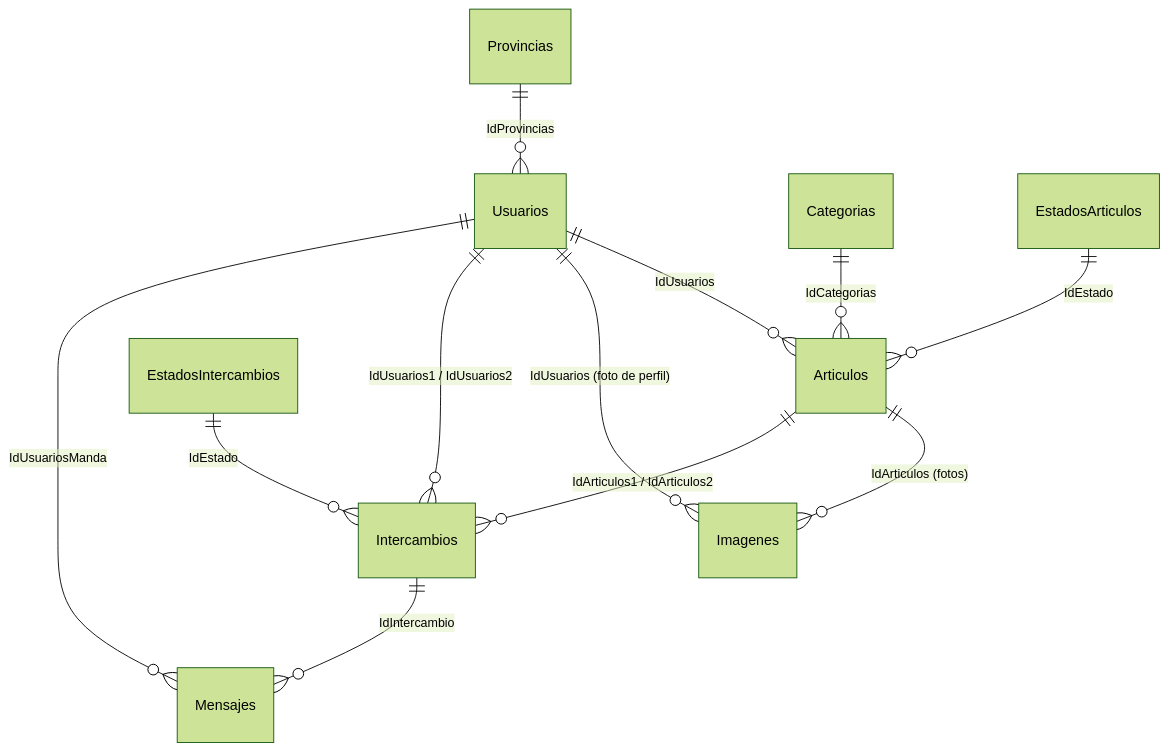
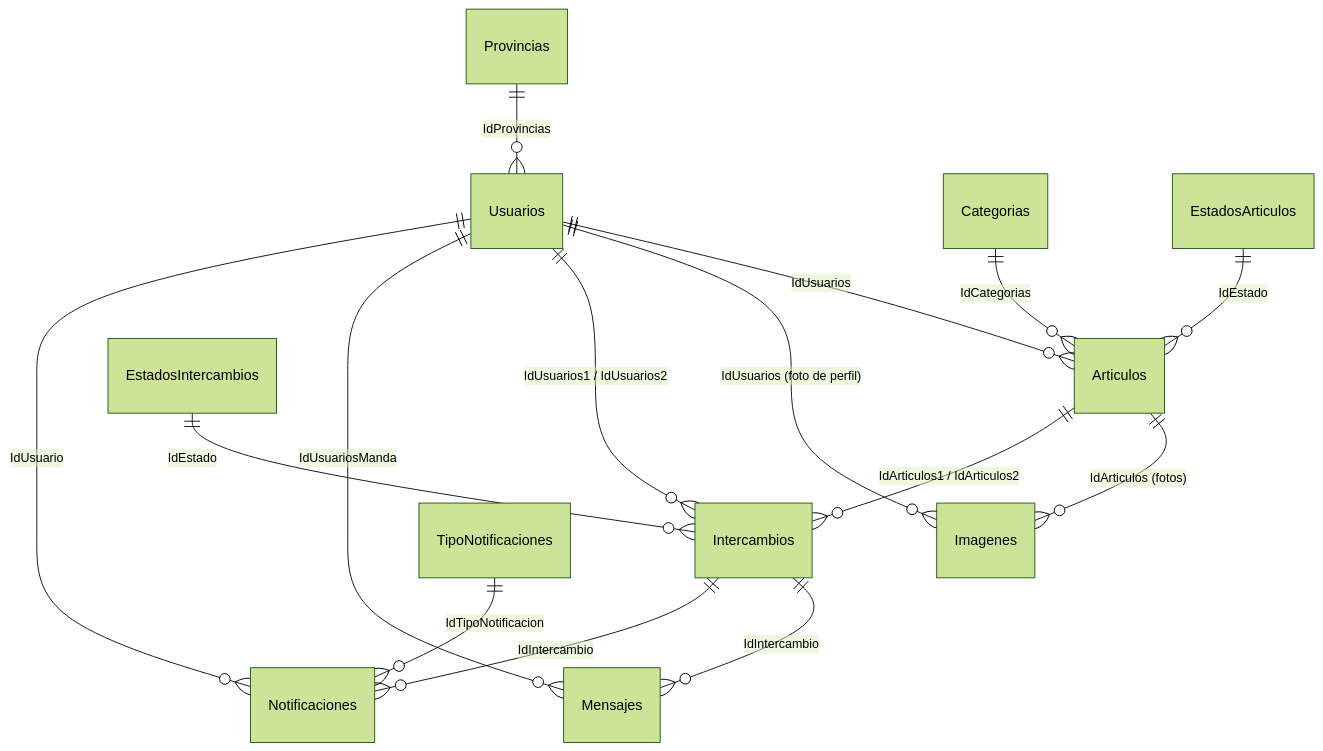
One commit to Rafaodiard/SwappIt changed the diagram in Vault/Base de datos.md. Above: the diagram before and after it, drawn with Mermaid (forest theme). The commit also changed other lines of this file and 506 other files, not shown here.

````diff
--- a/Vault/Base de datos.md
+++ b/Vault/Base de datos.md
@@ -11,14 +11,17 @@
 ```mermaid
 erDiagram
     Provincias ||--o{ Usuarios : "IdProvincias"
     Usuarios ||--o{ Articulos : "IdUsuarios"
     Categorias ||--o{ Articulos : "IdCategorias"
     EstadosArticulos ||--o{ Articulos : "IdEstado"
     Articulos ||--o{ Imagenes : "IdArticulos (fotos)"
     Usuarios ||--o{ Imagenes : "IdUsuarios (foto de perfil)"
     Usuarios ||--o{ Intercambios : "IdUsuarios1 / IdUsuarios2"
     Articulos ||--o{ Intercambios : "IdArticulos1 / IdArticulos2"
     EstadosIntercambios ||--o{ Intercambios : "IdEstado"
     Intercambios ||--o{ Mensajes : "IdIntercambio"
     Usuarios ||--o{ Mensajes : "IdUsuariosManda"
+    Usuarios ||--o{ Notificaciones : "IdUsuario"
+    Intercambios ||--o{ Notificaciones : "IdIntercambio"
+    TipoNotificaciones ||--o{ Notificaciones : "IdTipoNotificacion"
 ```
````
